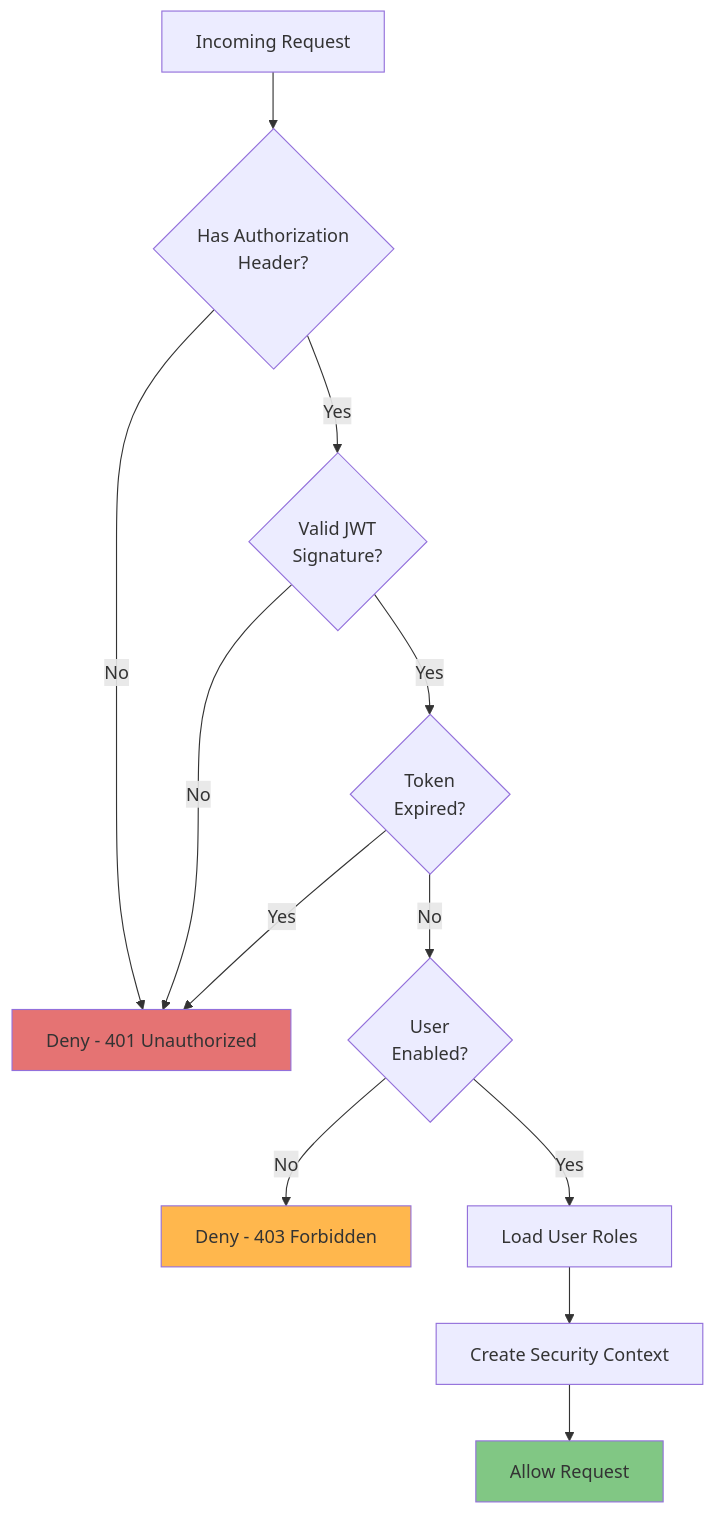
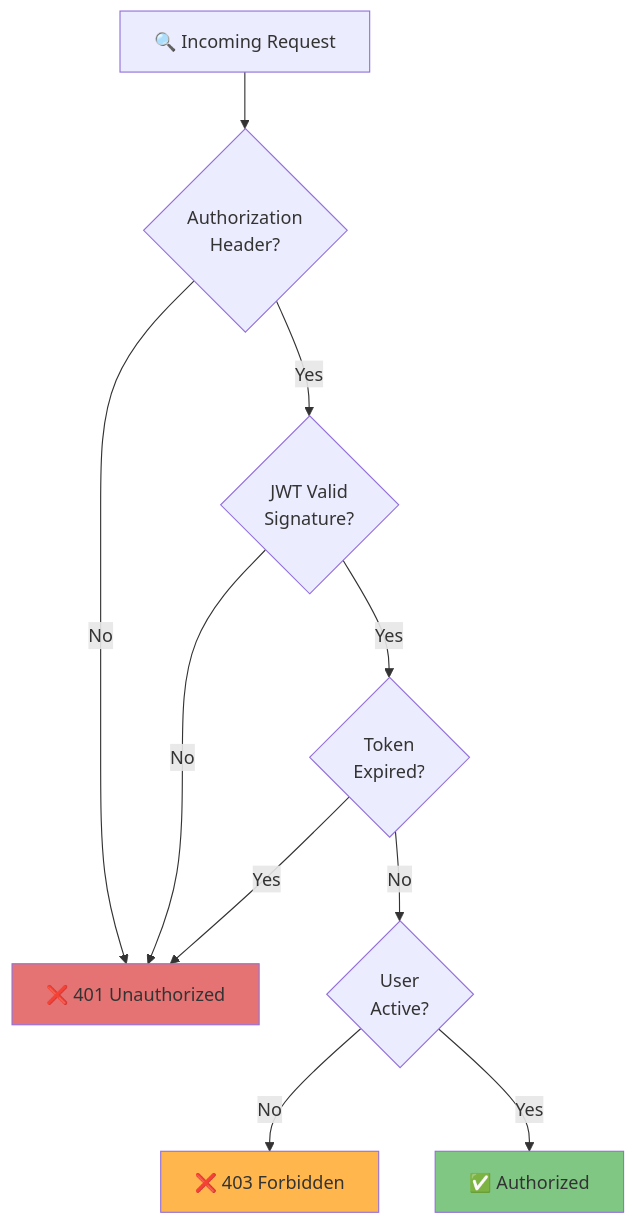
Before and after one commit to daoductam/reusable-auth-backend: diagram 11 of 11 in README.md, drawn with Mermaid. The commit also changed other lines of this file, not shown here.

Commit message:
feat: create base demo 1

````diff
--- a/README.md
+++ b/README.md
@@ -857,29 +885,25 @@
 ```mermaid
 graph TD
-    A["Incoming Request"]
-    B{"Has Authorization<br/>Header?"}
-    C{"Valid JWT<br/>Signature?"}
+    A["🔍 Incoming Request"]
+    B{"Authorization<br/>Header?"}
+    C{"JWT Valid<br/>Signature?"}
     D{"Token<br/>Expired?"}
-    E{"User<br/>Enabled?"}
-    F["Load User Roles"]
-    G["Create Security Context"]
-    H["Allow Request"]
-    I["Deny - 401 Unauthorized"]
-    J["Deny - 403 Forbidden"]
+    E{"User<br/>Active?"}
+    F["✅ Authorized"]
+    G["❌ 401 Unauthorized"]
+    H["❌ 403 Forbidden"]
     
     A --> B
-    B -->|No| I
+    B -->|No| G
     B -->|Yes| C
-    C -->|No| I
+    C -->|No| G
     C -->|Yes| D
-    D -->|Yes| I
+    D -->|Yes| G
     D -->|No| E
-    E -->|No| J
+    E -->|No| H
     E -->|Yes| F
-    F --> G
-    G --> H
     
-    style H fill:#81c784
-    style I fill:#e57373
-    style J fill:#ffb74d
+    style F fill:#81c784
+    style G fill:#e57373
+    style H fill:#ffb74d
 ```
````
